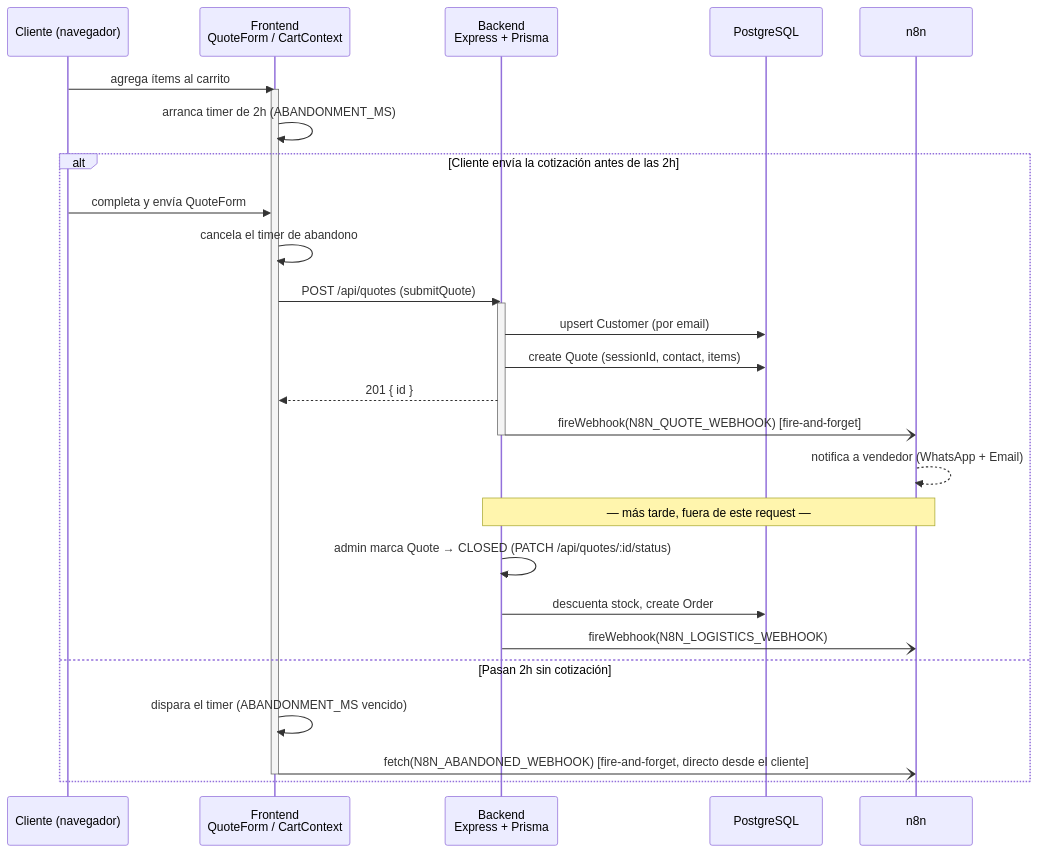
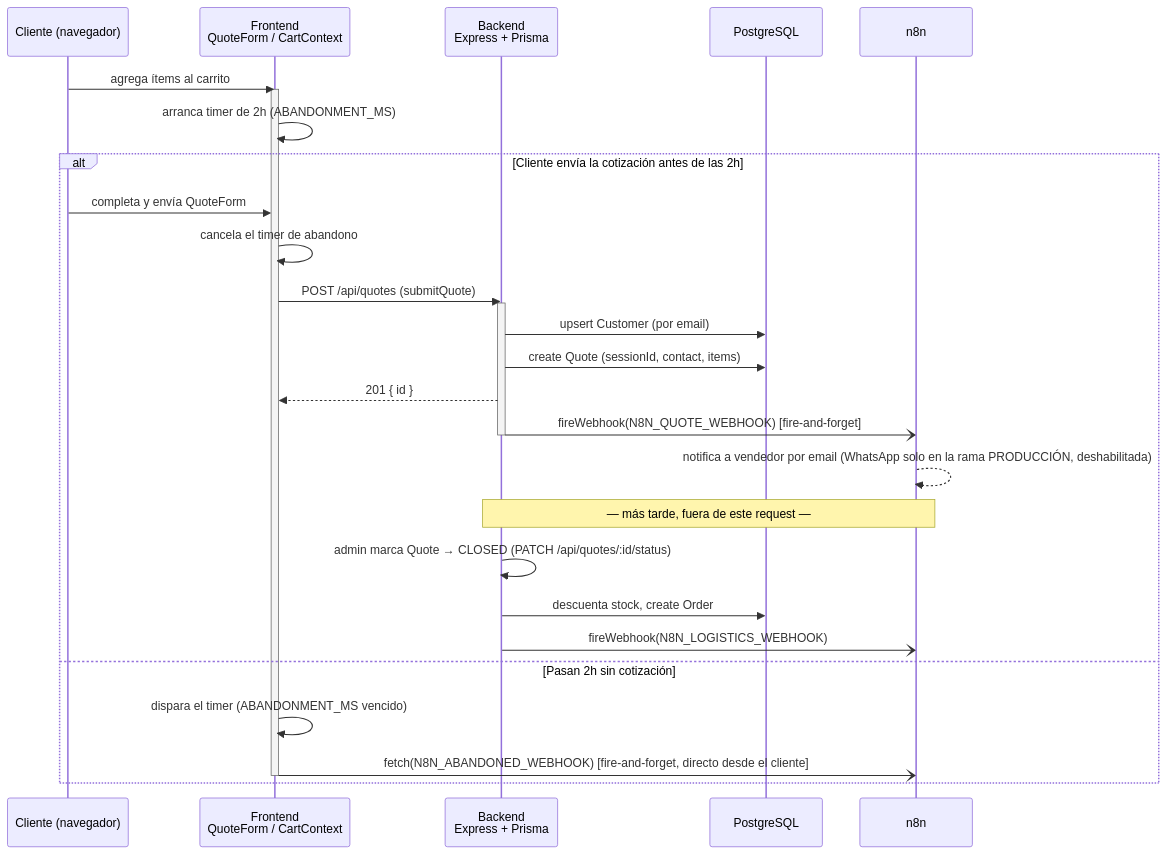
The sixth of 7 diagrams in docs/architecture/diagram.md (sudogringo/FINAL), drawn with Mermaid before and after one commit. The commit also changed other lines of this file and 11 other files, not shown here.

First line of the commit message:
docs: bring architecture and research notes in line with the code

````diff
--- a/docs/architecture/diagram.md
+++ b/docs/architecture/diagram.md
@@ -204,34 +205,34 @@
 ```mermaid
 sequenceDiagram
     participant C as Cliente (navegador)
     participant FE as Frontend<br/>QuoteForm / CartContext
     participant BE as Backend<br/>Express + Prisma
     participant DB as PostgreSQL
     participant N8N as n8n
 
     C->>FE: agrega ítems al carrito
     activate FE
     FE->>FE: arranca timer de 2h (ABANDONMENT_MS)
 
     alt Cliente envía la cotización antes de las 2h
         C->>FE: completa y envía QuoteForm
         FE->>FE: cancela el timer de abandono
         FE->>BE: POST /api/quotes (submitQuote)
         activate BE
         BE->>DB: upsert Customer (por email)
         BE->>DB: create Quote (sessionId, contact, items)
         BE-->>FE: 201 { id }
         BE-)N8N: fireWebhook(N8N_QUOTE_WEBHOOK) [fire-and-forget]
         deactivate BE
-        N8N-->>N8N: notifica a vendedor (WhatsApp + Email)
+        N8N-->>N8N: notifica a vendedor por email (WhatsApp solo en la rama PRODUCCIÓN, deshabilitada)
 
         Note over BE,N8N: — más tarde, fuera de este request —
         BE->>BE: admin marca Quote → CLOSED (PATCH /api/quotes/:id/status)
         BE->>DB: descuenta stock, create Order
         BE-)N8N: fireWebhook(N8N_LOGISTICS_WEBHOOK)
     else Pasan 2h sin cotización
         FE->>FE: dispara el timer (ABANDONMENT_MS vencido)
         FE-)N8N: fetch(N8N_ABANDONED_WEBHOOK) [fire-and-forget, directo desde el cliente]
         deactivate FE
     end
 ```
````
